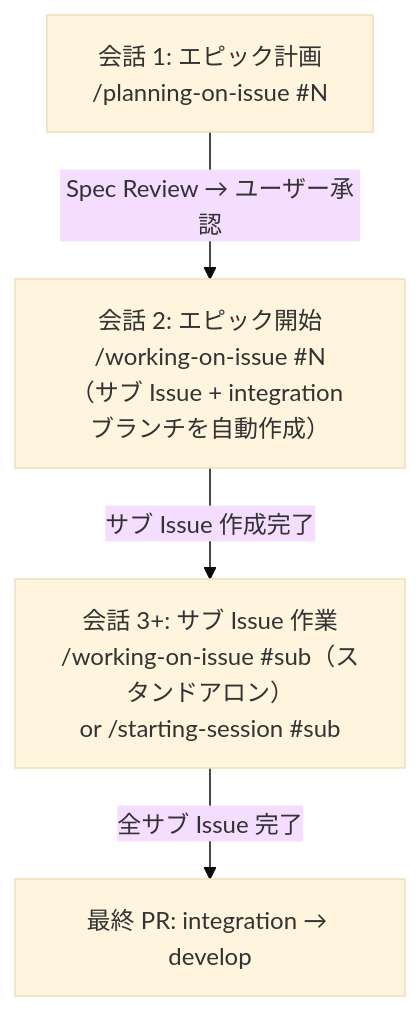
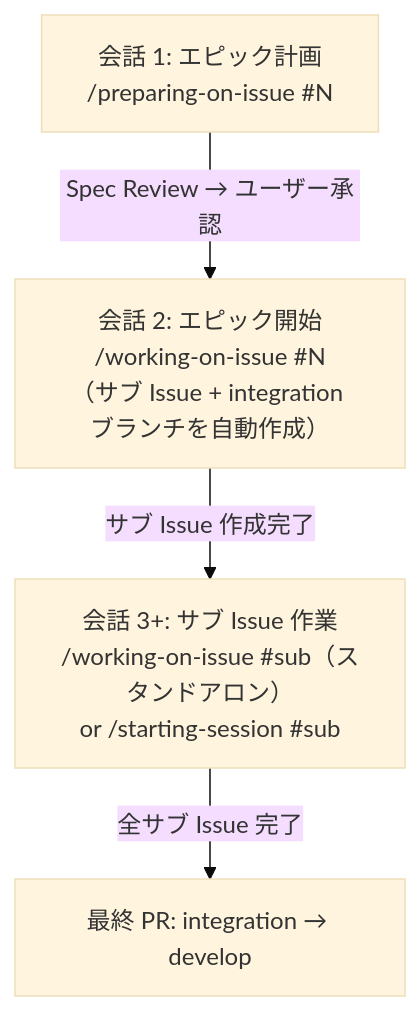
Before and after one commit to ShirokumaLibrary/shirokuma-plugins: the third of 3 diagrams in shirokuma-skills-ja/rules/best-practices-first.md, drawn with Mermaid (base theme). The commit also changed other lines of this file and 89 other files, not shown here.

````diff
--- a/shirokuma-skills-ja/rules/best-practices-first.md
+++ b/shirokuma-skills-ja/rules/best-practices-first.md
@@ -34,10 +60,10 @@
 ```mermaid
 graph TD
-    E1["会話 1: エピック計画<br/>/planning-on-issue #N"]
+    E1["会話 1: エピック計画<br/>/preparing-on-issue #N"]
     E2["会話 2: エピック開始<br/>/working-on-issue #N<br/>（サブ Issue + integration ブランチを自動作成）"]
     E3["会話 3+: サブ Issue 作業<br/>/working-on-issue #sub（スタンドアロン）<br/>or /starting-session #sub"]
 
     E1 -->|"Spec Review → ユーザー承認"| E2
     E2 -->|"サブ Issue 作成完了"| E3
     E3 -->|"全サブ Issue 完了"| Final["最終 PR: integration → develop"]
 ```
````
